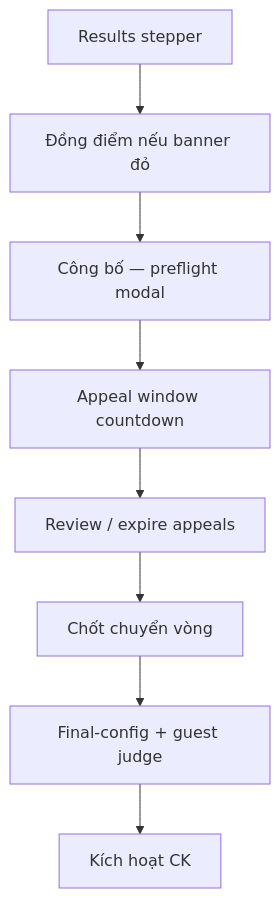
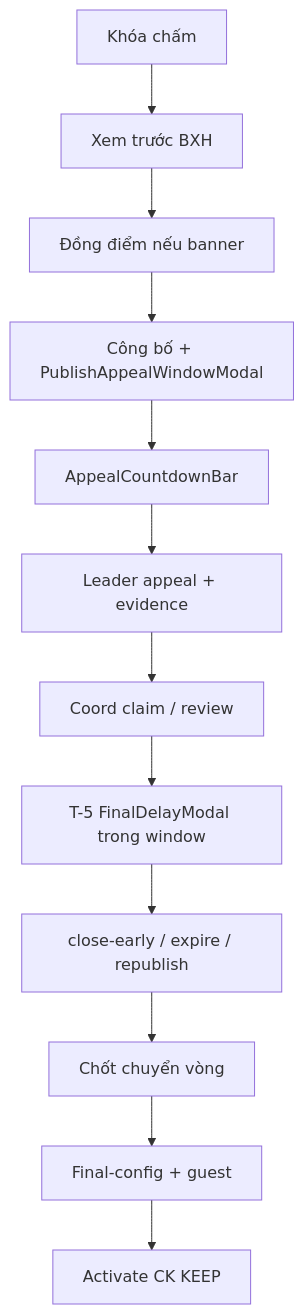
One commit to MANAGEMENT-SEAL-HACKATHON/BE changed the diagram in docs/defense-panel/gd4-defense-playbook.md. Above: the diagram before and after it, drawn with Mermaid. The commit also changed other lines of this file and 5 other files, not shown here.

````diff
--- a/docs/defense-panel/gd4-defense-playbook.md
+++ b/docs/defense-panel/gd4-defense-playbook.md
@@ -75,10 +84,14 @@
 ```mermaid
 flowchart TD
-  A[Results stepper] --> B[Đồng điểm nếu banner đỏ]
-  B --> C[Công bố — preflight modal]
-  C --> D[Appeal window countdown]
-  D --> E[Review / expire appeals]
-  E --> F[Chốt chuyển vòng]
-  F --> G[Final-config + guest judge]
-  G --> H[Kích hoạt CK]
+  A[Khóa chấm] --> B[Xem trước BXH]
+  B --> C[Đồng điểm nếu banner]
+  C --> D[Công bố + PublishAppealWindowModal]
+  D --> E[AppealCountdownBar]
+  E --> F[Leader appeal + evidence]
+  F --> G[Coord claim / review]
+  G --> H[T-5 FinalDelayModal trong window]
+  H --> I[close-early / expire / republish]
+  I --> J[Chốt chuyển vòng]
+  J --> K[Final-config + guest]
+  K --> L[Activate CK KEEP]
 ```
````
